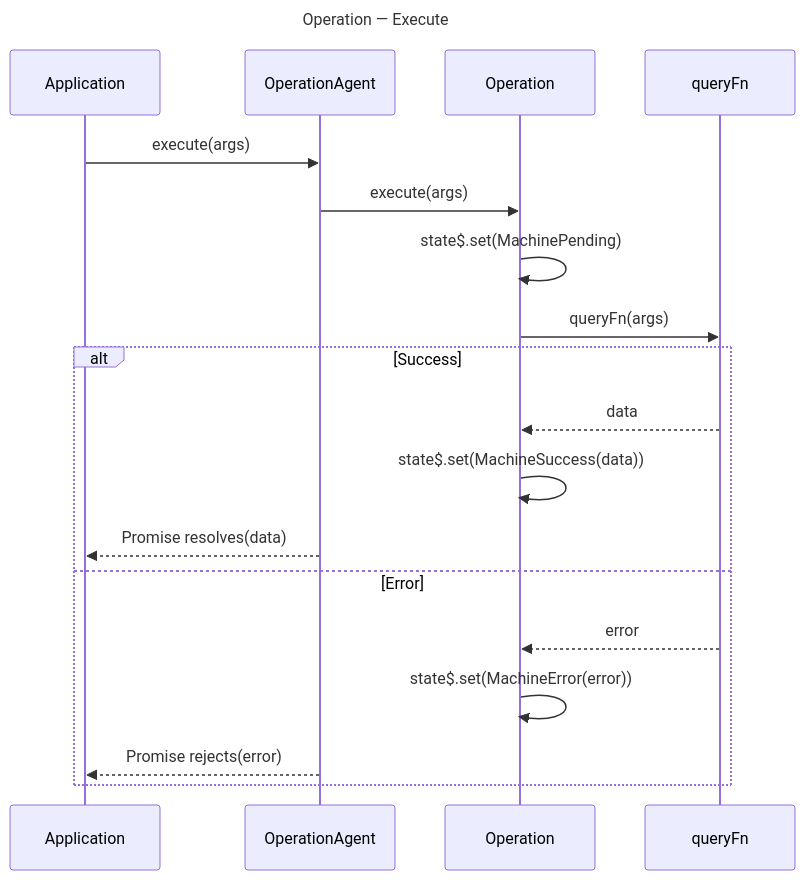
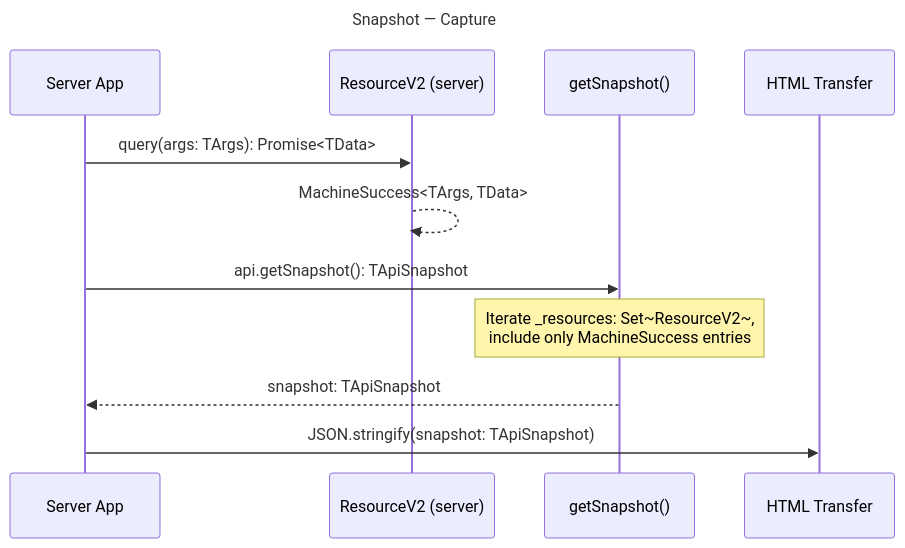
Before and after one commit to fozy-labs/rx-toolkit: the eighth of 19 diagrams in .thoughts/2026-03-23-1400_query-v2-full-implementation/02-design/02-dataflow.md, drawn with Mermaid. The commit also changed other lines of this file and 204 other files, not shown here.

````diff
--- a/.thoughts/2026-03-23-1400_query-v2-full-implementation/02-design/02-dataflow.md
+++ b/.thoughts/2026-03-23-1400_query-v2-full-implementation/02-design/02-dataflow.md
@@ -191,23 +230,15 @@
 ```mermaid
 sequenceDiagram
-    title Operation — Execute
-    participant App as Application
-    participant OAgent as OperationAgent
-    participant Op as Operation
-    participant QFn as queryFn
+    title Snapshot — Capture
+    participant Server as Server App
+    participant SRes as ResourceV2 (server)
+    participant Snap as getSnapshot()
+    participant HTML as HTML Transfer
     
-    App->>OAgent: execute(args)
-    OAgent->>Op: execute(args)
-    Op->>Op: state$.set(MachinePending)
-    Op->>QFn: queryFn(args)
-    
-    alt Success
-        QFn-->>Op: data
-        Op->>Op: state$.set(MachineSuccess(data))
-        OAgent-->>App: Promise resolves(data)
-    else Error
-        QFn-->>Op: error
-        Op->>Op: state$.set(MachineError(error))
-        OAgent-->>App: Promise rejects(error)
-    end
+    Server->>SRes: query(args: TArgs): Promise<TData>
+    SRes-->>SRes: MachineSuccess<TArgs, TData>
+    Server->>Snap: api.getSnapshot(): TApiSnapshot
+    Note over Snap: Iterate _resources: Set~ResourceV2~,<br/>include only MachineSuccess entries
+    Snap-->>Server: snapshot: TApiSnapshot
+    Server->>HTML: JSON.stringify(snapshot: TApiSnapshot)
 ```
````
